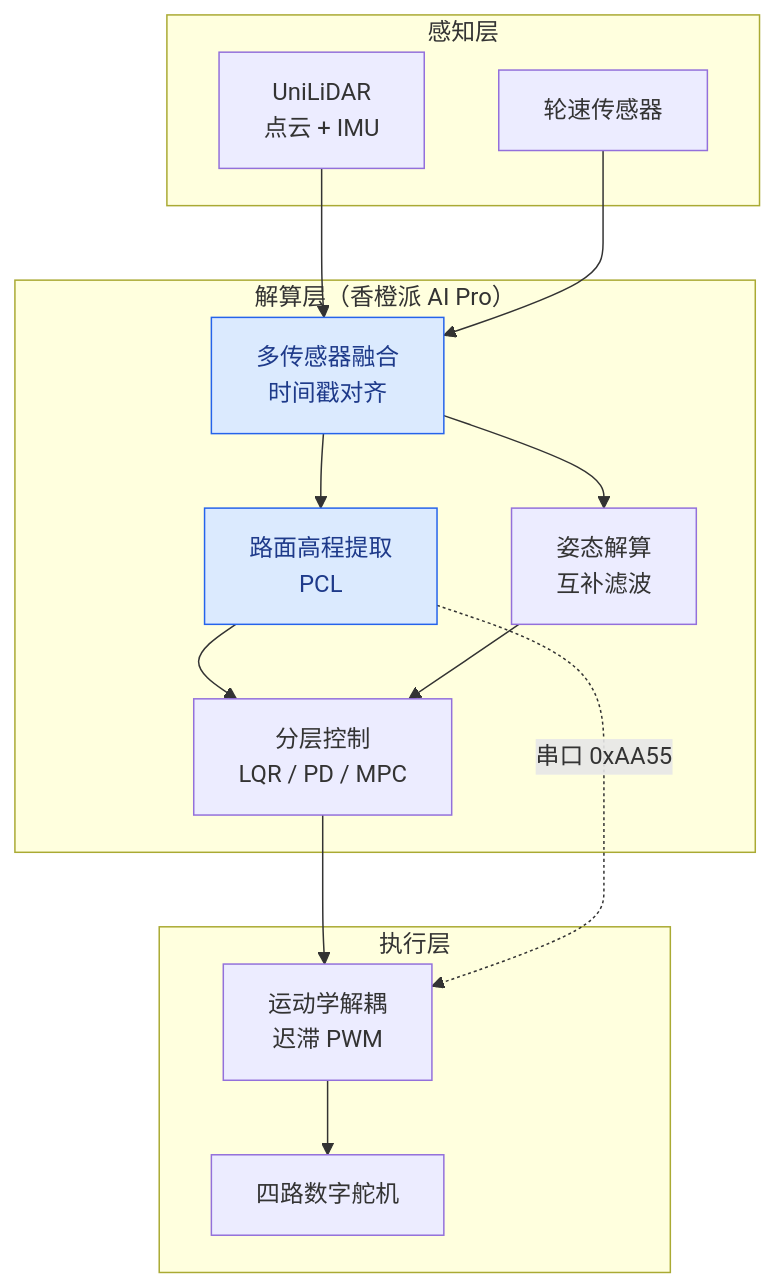
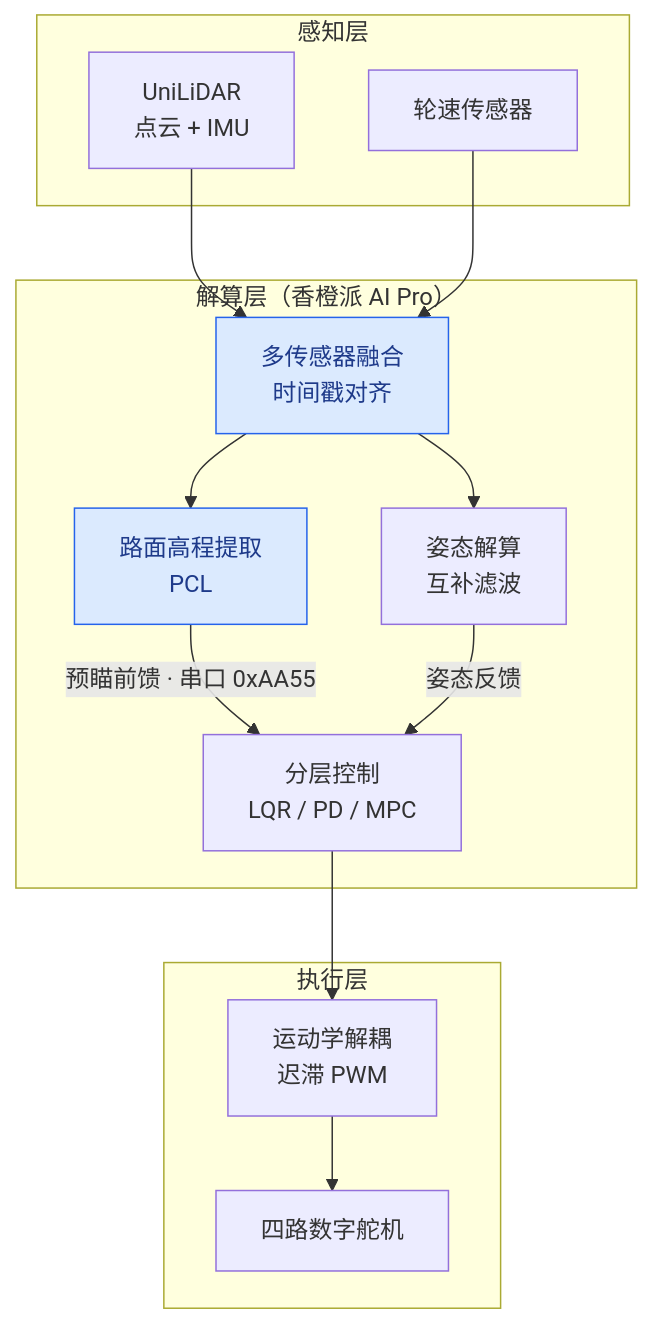
Before and after one commit to qi-neo/active-suspension-lidar-preview: the first of 3 diagrams in README.md, drawn with Mermaid. The commit also changed other lines of this file, not shown here.

First line of the commit message:
docs: 图示改用苹果字体栈并改进表达

````diff
--- a/README.md
+++ b/README.md
@@ -26,27 +26,27 @@
 ```mermaid
+%%{init: {"fontFamily": "-apple-system, BlinkMacSystemFont, PingFang SC, Helvetica Neue, Microsoft YaHei, sans-serif"}}%%
 flowchart TB
     subgraph S1["感知层"]
         L["UniLiDAR<br/>点云 + IMU"]
         W["轮速传感器"]
     end
     subgraph S2["解算层（香橙派 AI Pro）"]
         F["多传感器融合<br/>时间戳对齐"]
         P["路面高程提取<br/>PCL"]
         A["姿态解算<br/>互补滤波"]
         C["分层控制<br/>LQR / PD / MPC"]
     end
     subgraph S3["执行层"]
         K["运动学解耦<br/>迟滞 PWM"]
         D["四路数字舵机"]
     end
     L --> F
     W --> F
     F --> P
     F --> A
-    P --> C
-    A --> C
+    P -->|预瞄前馈 · 串口 0xAA55| C
+    A -->|姿态反馈| C
     C --> K --> D
-    P -.->|串口 0xAA55| K
     classDef inrepo fill:#dbeafe,stroke:#2563eb,color:#1e3a8a
     class F,P inrepo
 ```
````
